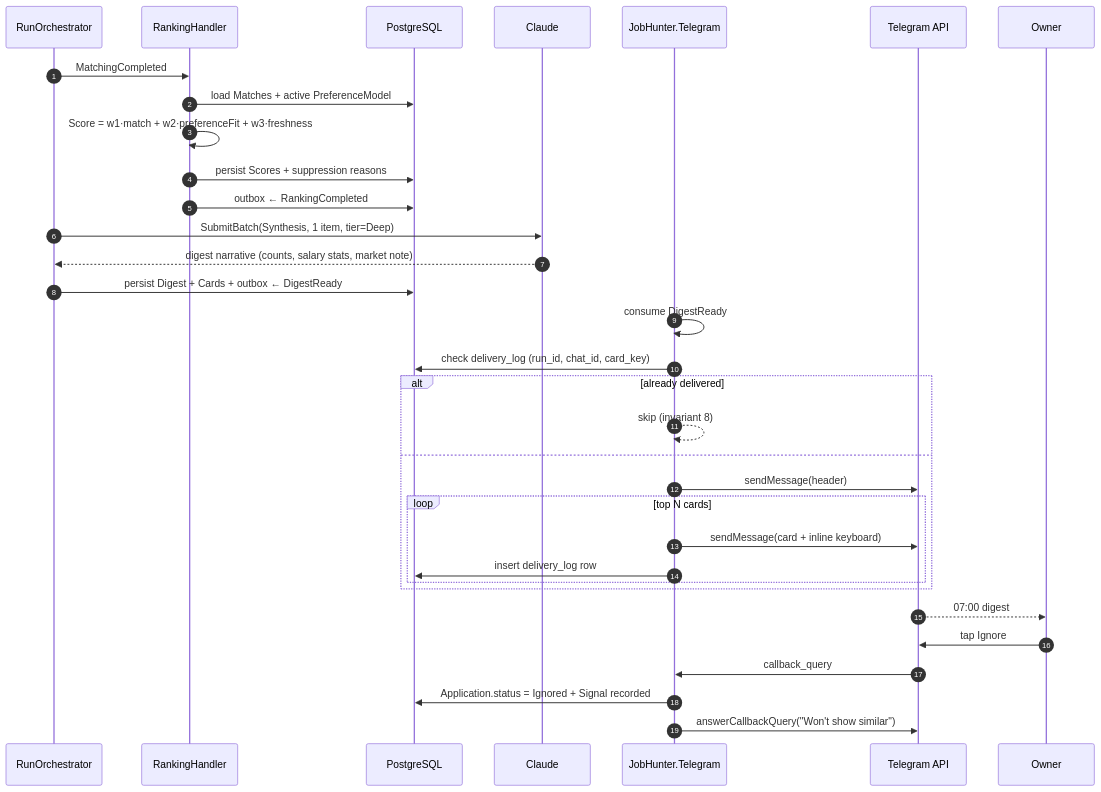
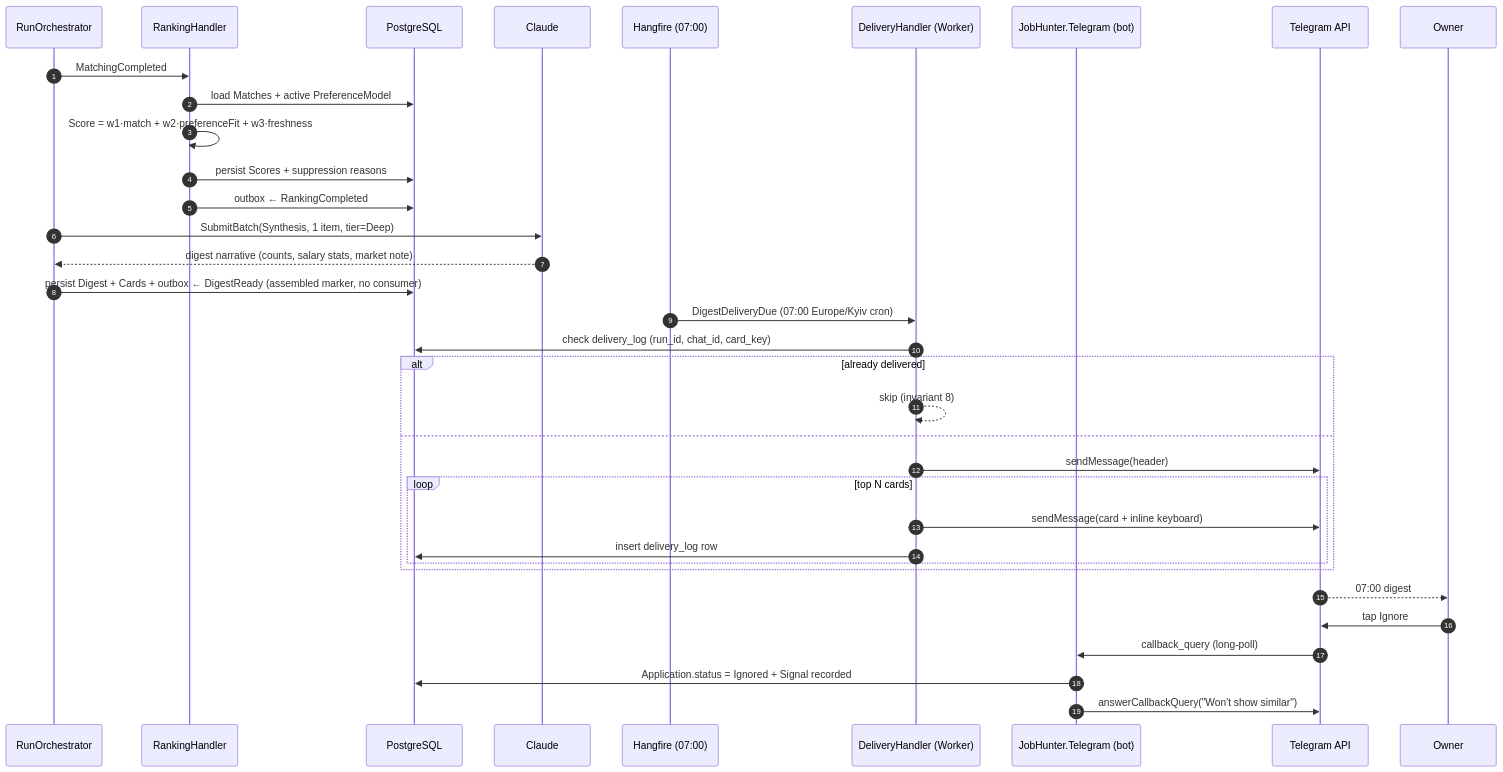
Before and after one commit to HeliosPersonal/jobhunter: the fifth of 6 diagrams in docs/00-overview/sad.md, drawn with Mermaid. The commit also changed other lines of this file and 8 other files, not shown here.

First line of the commit message:
docs(f5): correct digest delivery topology across the doc corpus

````diff
--- a/docs/00-overview/sad.md
+++ b/docs/00-overview/sad.md
@@ -319,38 +321,40 @@
 ```mermaid
 sequenceDiagram
   autonumber
   participant O as RunOrchestrator
   participant RK as RankingHandler
   participant DB as PostgreSQL
   participant C as Claude
-  participant B as JobHunter.Telegram
+  participant H as Hangfire (07:00)
+  participant D as DeliveryHandler (Worker)
+  participant B as JobHunter.Telegram (bot)
   participant T as Telegram API
   participant Ow as Owner
 
   O->>RK: MatchingCompleted
   RK->>DB: load Matches + active PreferenceModel
   RK->>RK: Score = w1·match + w2·preferenceFit + w3·freshness
   RK->>DB: persist Scores + suppression reasons
   RK->>DB: outbox ← RankingCompleted
 
   O->>C: SubmitBatch(Synthesis, 1 item, tier=Deep)
   C-->>O: digest narrative (counts, salary stats, market note)
-  O->>DB: persist Digest + Cards + outbox ← DigestReady
+  O->>DB: persist Digest + Cards + outbox ← DigestReady (assembled marker, no consumer)
 
-  B->>B: consume DigestReady
-  B->>DB: check delivery_log (run_id, chat_id, card_key)
+  H->>D: DigestDeliveryDue (07:00 Europe/Kyiv cron)
+  D->>DB: check delivery_log (run_id, chat_id, card_key)
   alt already delivered
-    B-->>B: skip (invariant 8)
+    D-->>D: skip (invariant 8)
   else
-    B->>T: sendMessage(header)
+    D->>T: sendMessage(header)
     loop top N cards
-      B->>T: sendMessage(card + inline keyboard)
-      B->>DB: insert delivery_log row
+      D->>T: sendMessage(card + inline keyboard)
+      D->>DB: insert delivery_log row
     end
   end
   T-->>Ow: 07:00 digest
   Ow->>T: tap Ignore
-  T->>B: callback_query
+  T->>B: callback_query (long-poll)
   B->>DB: Application.status = Ignored + Signal recorded
   B->>T: answerCallbackQuery("Won't show similar")
 ```
````
